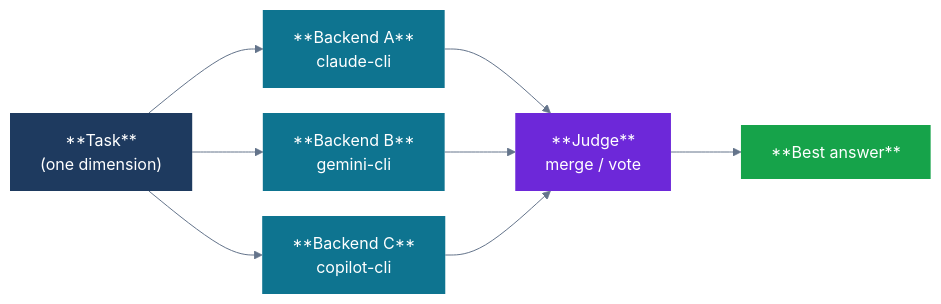
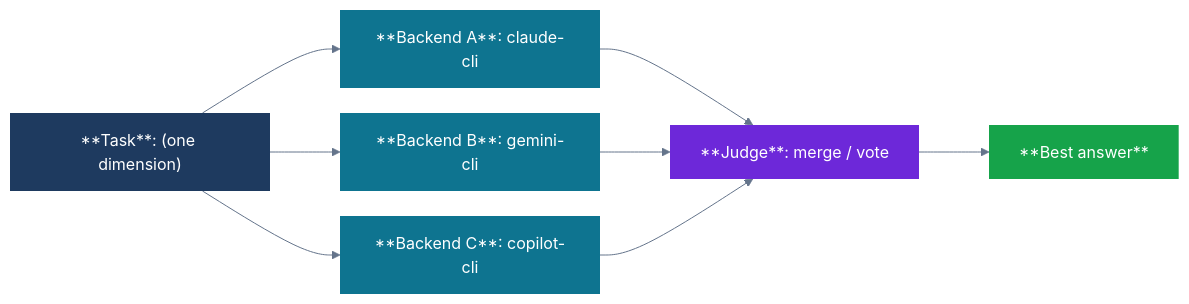
The diagram in docs/showcase/patterns/07-parallel-ensemble.mmd (josefigueredo/multillm-adversarial-convergence), drawn with Mermaid before and after one commit. The commit also changed 59 other files, not shown here.

```diff
--- a/docs/showcase/patterns/07-parallel-ensemble.mmd
+++ b/docs/showcase/patterns/07-parallel-ensemble.mmd
@@ -1,23 +1,23 @@
 %%{init: {'theme': 'base', 'themeVariables': {'fontSize': '16px', 'lineColor': '#64748b'}, 'flowchart': {'rankSpacing': 70, 'nodeSpacing': 25, 'curve': 'basis'}}}%%
 flowchart LR
-    T["**Task**\n(one dimension)"]
-    A["**Backend A**\nclaude-cli"]
-    B["**Backend B**\ngemini-cli"]
-    C["**Backend C**\ncopilot-cli"]
-    M["**Judge**\nmerge / vote"]
+    T["**Task**: (one dimension)"]
+    A["**Backend A**: claude-cli"]
+    B["**Backend B**: gemini-cli"]
+    C["**Backend C**: copilot-cli"]
+    M["**Judge**: merge / vote"]
     O["**Best answer**"]
 
     T --> A
     T --> B
     T --> C
     A --> M
     B --> M
     C --> M
     M --> O
 
     style T fill:#1e3a5f,color:#fff,stroke:none
     style A fill:#0e7490,color:#fff,stroke:none
     style B fill:#0e7490,color:#fff,stroke:none
     style C fill:#0e7490,color:#fff,stroke:none
     style M fill:#6d28d9,color:#fff,stroke:none
     style O fill:#16a34a,color:#fff,stroke:none
```
